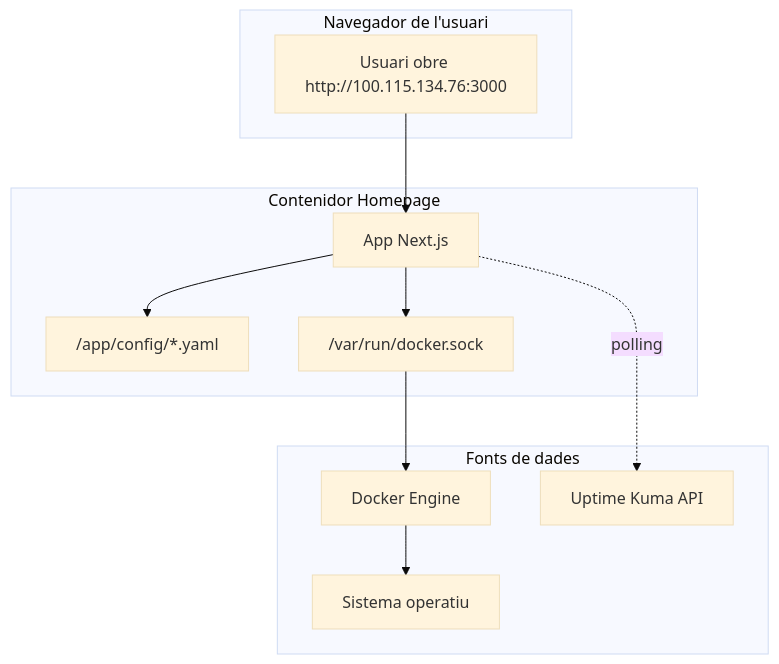
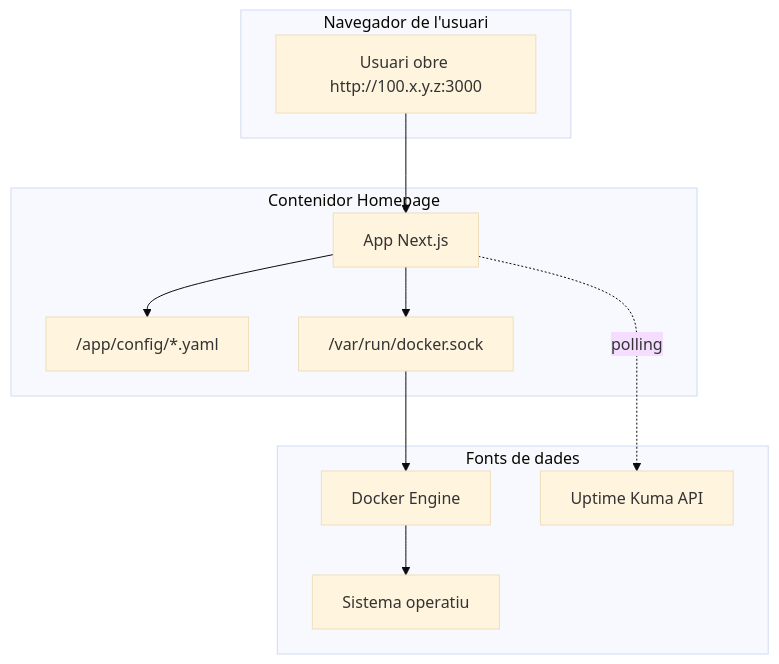
The diagram in book/chapters/08-homepage.md (BernatMora/bernatlab), drawn with Mermaid (base theme) before and after one commit. The commit also changed other lines of this file and 40 other files, not shown here.

````diff
--- a/book/chapters/08-homepage.md
+++ b/book/chapters/08-homepage.md
@@ -266,25 +266,25 @@
 ```mermaid
 graph TB
     subgraph Navegador["Navegador de l'usuari"]
-        USR["Usuari obre http://100.115.134.76:3000"]
+        USR["Usuari obre http://100.x.y.z:3000"]
     end
 
     subgraph HomeContainer["Contenidor Homepage"]
         APP["App Next.js"]
         CFG["/app/config/*.yaml"]
         SOCK["/var/run/docker.sock"]
     end
 
     subgraph Dades["Fonts de dades"]
         DOCKER["Docker Engine"]
         KUMA["Uptime Kuma API"]
         SIST["Sistema operatiu"]
     end
 
     USR --> APP
     APP --> CFG
     APP --> SOCK
     SOCK --> DOCKER
     APP -.->|polling| KUMA
     DOCKER --> SIST
 ```
````
